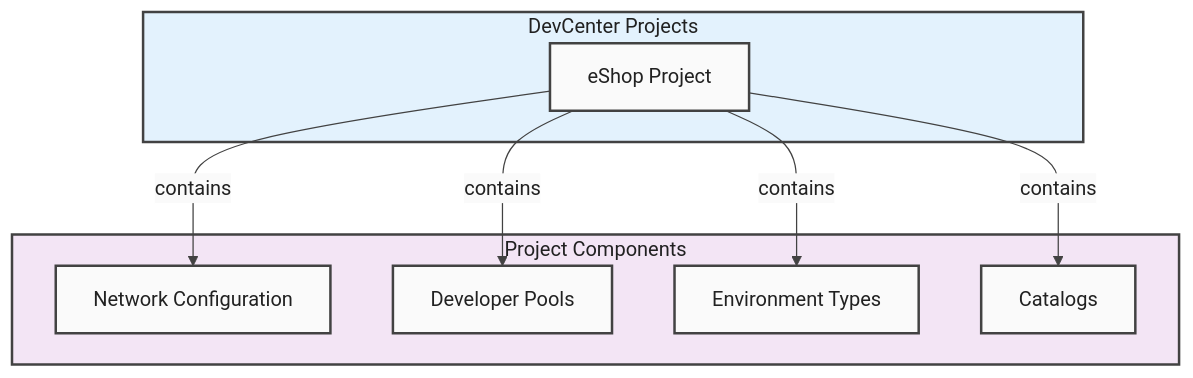
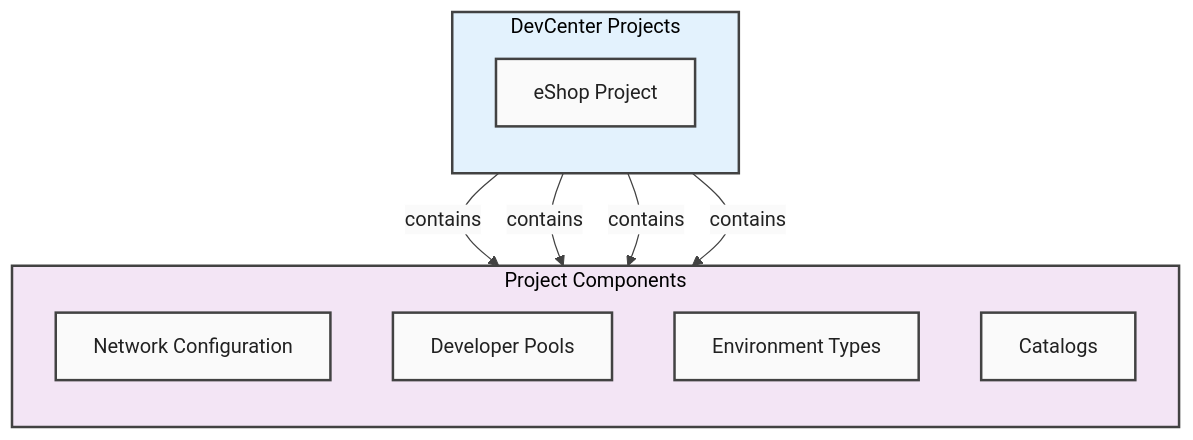
One commit to Evilazaro/DevExp-DevBox changed the ninth of 11 diagrams in docs/architecture/Business.md. Above: the diagram before and after it, drawn with Mermaid. The commit also changed other lines of this file, not shown here.

Commit message:
docs: enhance Business Architecture document with flowchart direction and styling improvements

````diff
--- a/docs/architecture/Business.md
+++ b/docs/architecture/Business.md
@@ -1387,27 +1406,32 @@
 ```mermaid
 %%{init: {'theme': 'base', 'themeVariables': { 'primaryColor': '#FAFAFA', 'primaryBorderColor': '#424242', 'primaryTextColor': '#212121', 'lineColor': '#424242'}}}%%
 flowchart TB
     %% Style Definitions
     classDef default fill:#FAFAFA,stroke:#424242,stroke-width:2px,color:#212121
     classDef level1 fill:#E3F2FD,stroke:#424242,stroke-width:2px,color:#212121
     classDef level2 fill:#F3E5F5,stroke:#424242,stroke-width:2px,color:#212121
 
     subgraph DCPROJ["DevCenter Projects"]
+        direction TB
         PRJ1["eShop Project"]
     end
 
     subgraph COMP["Project Components"]
+        direction TB
         C1["Network Configuration"]
         C2["Developer Pools"]
         C3["Environment Types"]
         C4["Catalogs"]
     end
 
     PRJ1 -->|"contains"| C1
     PRJ1 -->|"contains"| C2
     PRJ1 -->|"contains"| C3
     PRJ1 -->|"contains"| C4
 
     class DCPROJ level1
     class COMP level2
+
+    style DCPROJ fill:#E3F2FD,stroke:#424242,stroke-width:2px
+    style COMP fill:#F3E5F5,stroke:#424242,stroke-width:2px
 ```
````
